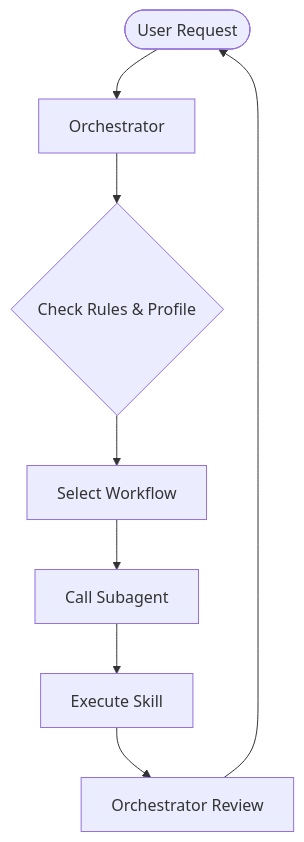
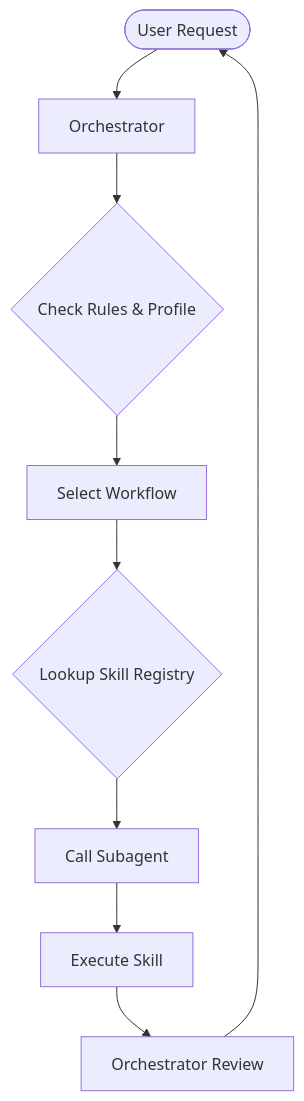
One commit to reimajinasi/antigravity-template changed the diagram in .agent/rules/orchestration-logic.md. Above: the diagram before and after it, drawn with Mermaid. The commit also changed other lines of this file and 1 other file, not shown here.

Commit message:
feat: establish absolute Agent-to-Skill Registry and prescriptive delegation protocol

````diff
--- a/.agent/rules/orchestration-logic.md
+++ b/.agent/rules/orchestration-logic.md
@@ -24,10 +34,11 @@
 ```mermaid
 graph TD
     User([User Request]) --> Orch[Orchestrator]
     Orch --> Rules{Check Rules & Profile}
     Rules --> Workflow[Select Workflow]
-    Workflow --> Delegate[Call Subagent]
+    Workflow --> Registry{Lookup Skill Registry}
+    Registry --> Delegate[Call Subagent]
     Delegate --> Skill[Execute Skill]
     Skill --> Synthesis[Orchestrator Review]
     Synthesis --> User
 ```
````
